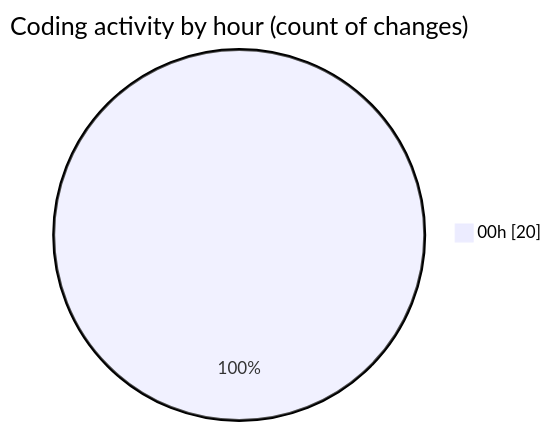
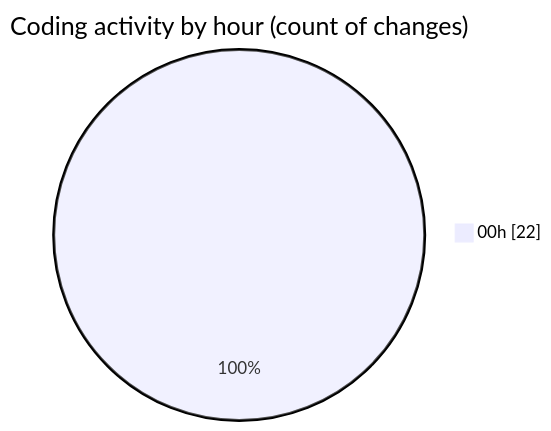
One commit to lephambinh05/code-tracking changed the second of 2 diagrams in 2025-07-21/reg/README.md. Above: the diagram before and after it, drawn with Mermaid. The commit also changed other lines of this file and 1 other file, not shown here.

````diff
--- a/2025-07-21/reg/README.md
+++ b/2025-07-21/reg/README.md
@@ -32,5 +33,5 @@
 ```mermaid
 pie showData
 title Coding activity by hour (count of changes)
-"00h" : 20
+"00h" : 22
 ```
````
